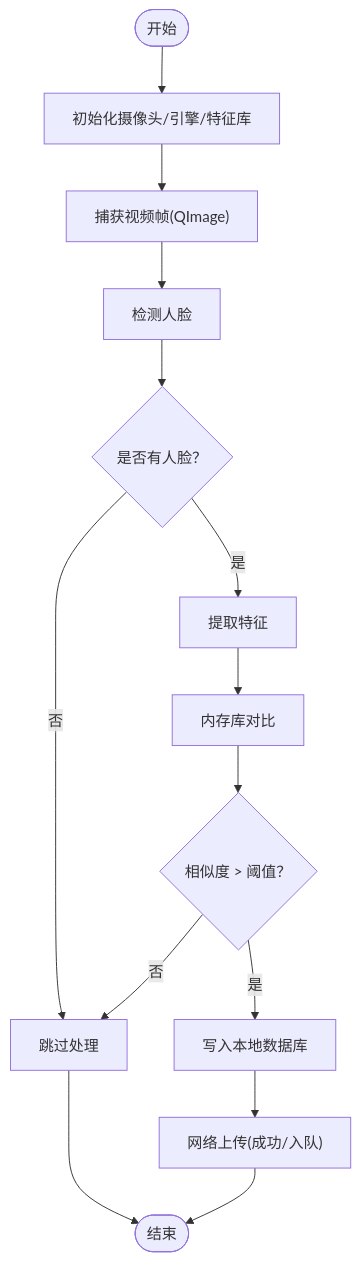
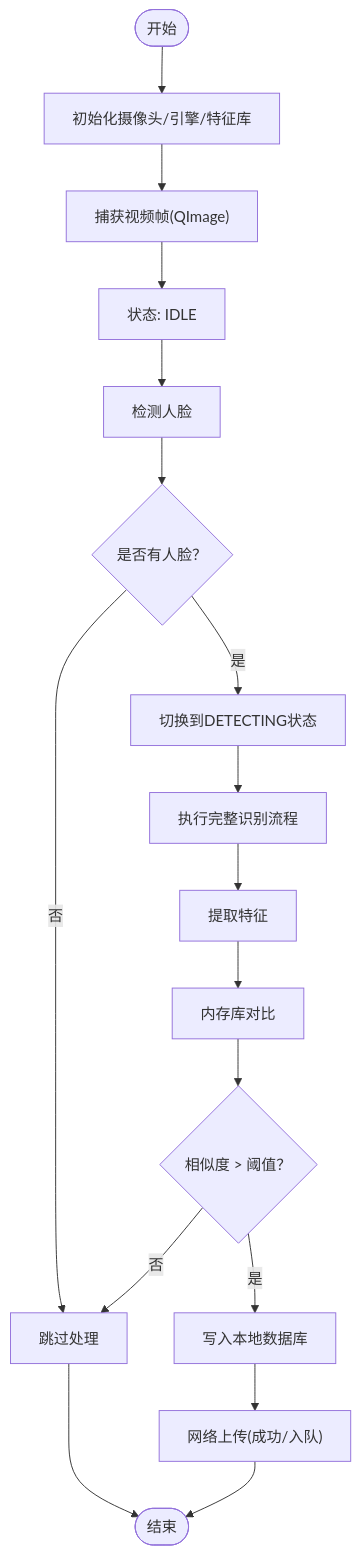
One commit to HeQiTZD/Triple-terminal-Attendance-Punching-System changed the third of 10 diagrams in .qoder/repowiki/zh/content/核心模块/人脸识别模块/人脸识别器.md. Above: the diagram before and after it, drawn with Mermaid. The commit also changed other lines of this file and 127 other files, not shown here.

````diff
--- a/.qoder/repowiki/zh/content/核心模块/人脸识别模块/人脸识别器.md
+++ b/.qoder/repowiki/zh/content/核心模块/人脸识别模块/人脸识别器.md
@@ -161,16 +171,19 @@
 ```mermaid
 flowchart TD
 Start(["开始"]) --> Init["初始化摄像头/引擎/特征库"]
 Init --> Capture["捕获视频帧(QImage)"]
-Capture --> Detect["检测人脸"]
+Capture --> Idle["状态: IDLE"]
+Idle --> Detect["检测人脸"]
 Detect --> HasFace{"是否有人脸？"}
 HasFace --> |否| Skip["跳过处理"]
-HasFace --> |是| Extract["提取特征"]
+HasFace --> |是| Switch["切换到DETECTING状态"]
+Switch --> Recognize["执行完整识别流程"]
+Recognize --> Extract["提取特征"]
 Extract --> Compare["内存库对比"]
 Compare --> Threshold{"相似度 > 阈值？"}
 Threshold --> |否| Skip
 Threshold --> |是| Save["写入本地数据库"]
 Save --> Upload["网络上传(成功/入队)"]
 Upload --> End(["结束"])
 Skip --> End
 ```
````
